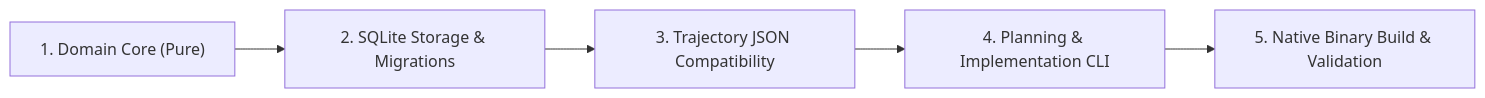
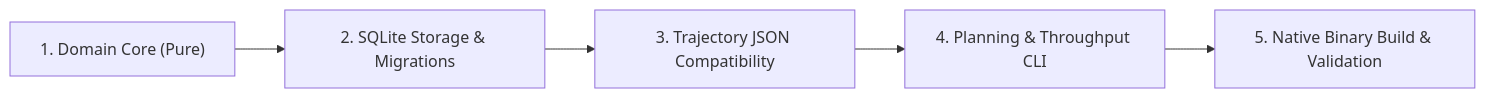
Before and after one commit to kchapl/rocket: the second of 2 diagrams in DESIGN.md, drawn with Mermaid. The commit also changed other lines of this file and 4 other files, not shown here.

````diff
--- a/DESIGN.md
+++ b/DESIGN.md
@@ -136,7 +246,7 @@
 ```mermaid
 graph LR
     M1["1. Domain Core (Pure)"] --> M2["2. SQLite Storage & Migrations"]
     M2 --> M3["3. Trajectory JSON Compatibility"]
-    M3 --> M4["4. Planning & Implementation CLI"]
+    M3 --> M4["4. Planning & Throughput CLI"]
     M4 --> M5["5. Native Binary Build & Validation"]
 ```
````
